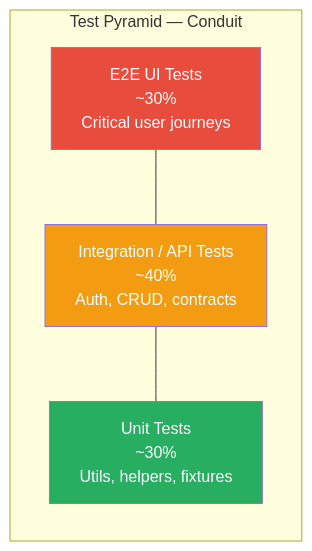
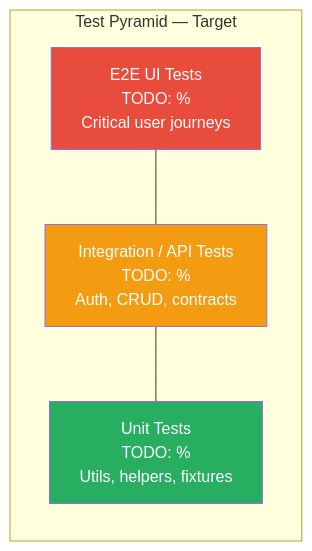
Before and after one commit to mahzereen/cypress-to-playwrite-migration: the second of 3 diagrams in migration/architecture/test-pyramid.md, drawn with Mermaid. The commit also changed other lines of this file and 12 other files, not shown here.

````diff
--- a/migration/architecture/test-pyramid.md
+++ b/migration/architecture/test-pyramid.md
@@ -9,16 +27,16 @@
 ```mermaid
 graph TB
-    subgraph Pyramid["Test Pyramid — Conduit"]
+    subgraph Pyramid["Test Pyramid — Target"]
         direction TB
-        E2E["E2E UI Tests<br/>~30%<br/>Critical user journeys"]
-        INT["Integration / API Tests<br/>~40%<br/>Auth, CRUD, contracts"]
-        UNIT["Unit Tests<br/>~30%<br/>Utils, helpers, fixtures"]
+        E2E_T["E2E UI Tests<br/>TODO: %<br/>Critical user journeys"]
+        INT_T["Integration / API Tests<br/>TODO: %<br/>Auth, CRUD, contracts"]
+        UNIT_T["Unit Tests<br/>TODO: %<br/>Utils, helpers, fixtures"]
     end
 
-    E2E --- INT
-    INT --- UNIT
+    E2E_T --- INT_T
+    INT_T --- UNIT_T
 
-    style E2E fill:#e74c3c,color:#fff
-    style INT fill:#f39c12,color:#fff
-    style UNIT fill:#27ae60,color:#fff
+    style E2E_T fill:#e74c3c,color:#fff
+    style INT_T fill:#f39c12,color:#fff
+    style UNIT_T fill:#27ae60,color:#fff
 ```
````
